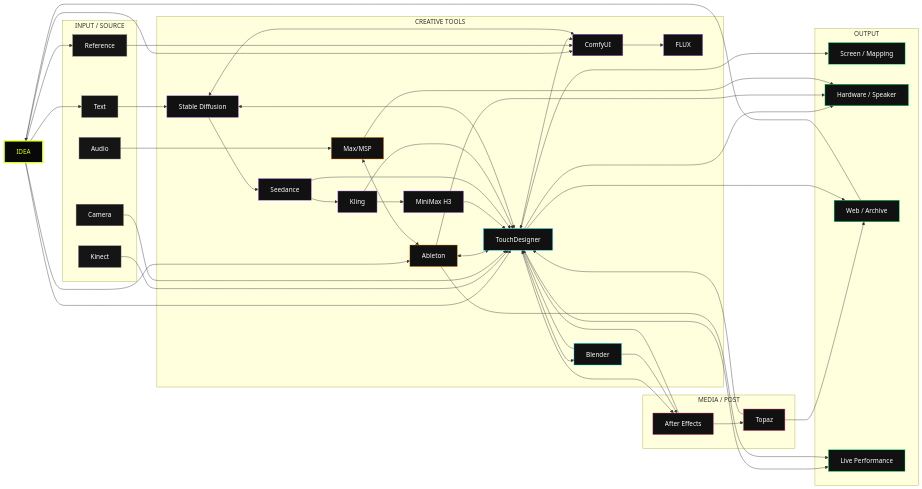
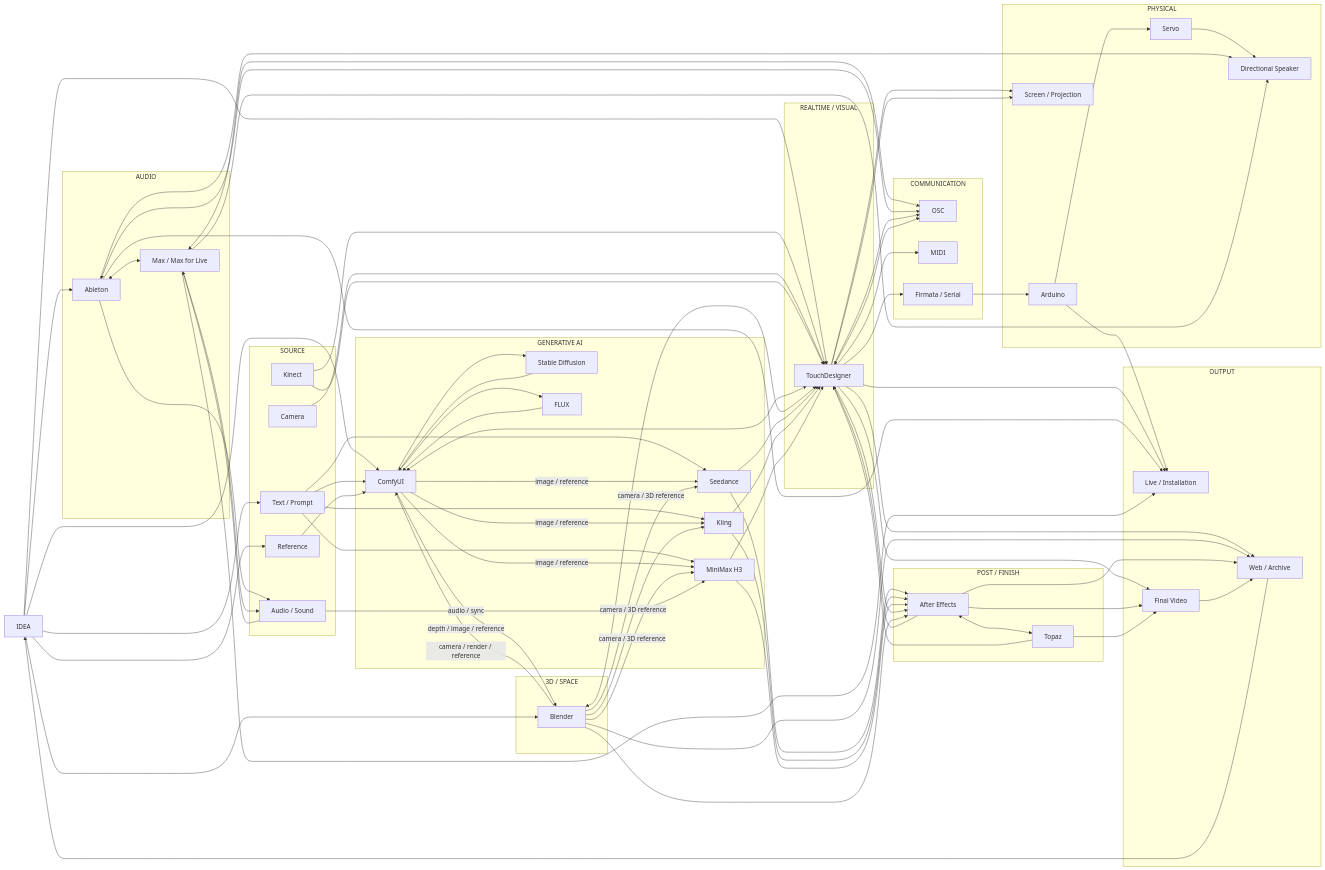
One commit to oseconds/oseconds changed the diagram in mermaid/workflowchart.md. Above: the diagram before and after it, drawn with Mermaid.

Commit message:
Refactor workflowchart with updated labels and structure

````diff
--- a/mermaid/workflowchart.md
+++ b/mermaid/workflowchart.md
@@ -1,21 +1,27 @@
 ```mermaid
 
 flowchart LR
+
     IDEA["IDEA"]
 
-    subgraph INPUT["INPUT / SOURCE"]
+    subgraph SOURCE["SOURCE"]
         KINECT["Kinect"]
         CAMERA["Camera"]
-        TEXT["Text"]
-        AUDIOIN["Audio"]
+        TEXT["Text / Prompt"]
+        AUDIO_SRC["Audio / Sound"]
         REFERENCE["Reference"]
     end
 
-    subgraph CREATIVE["CREATIVE TOOLS"]
+    subgraph AUDIO["AUDIO"]
+        ABLETON["Ableton"]
+        MAX["Max / Max for Live"]
+    end
+
+    subgraph REALTIME["REALTIME / VISUAL"]
         TD["TouchDesigner"]
-        ABLETON["Ableton"]
-        MAX["Max/MSP"]
+    end
 
+    subgraph GENAI["GENERATIVE AI"]
         COMFY["ComfyUI"]
         SD["Stable Diffusion"]
         FLUX["FLUX"]
@@ -23,90 +29,150 @@
         SEEDANCE["Seedance"]
         KLING["Kling"]
         H3["MiniMax H3"]
+    end
 
+    subgraph THREE_D["3D / SPACE"]
         BLENDER["Blender"]
     end
 
-    subgraph POST["MEDIA / POST"]
+    subgraph POST["POST / FINISH"]
         AE["After Effects"]
         TOPAZ["Topaz"]
     end
 
+    subgraph COMM["COMMUNICATION"]
+        OSC["OSC"]
+        MIDI["MIDI"]
+        FIRMATA["Firmata / Serial"]
+    end
+
+    subgraph PHYSICAL["PHYSICAL"]
+        ARDUINO["Arduino"]
+        SERVO["Servo"]
+        SPEAKER["Directional Speaker"]
+        SCREEN["Screen / Projection"]
+    end
+
     subgraph OUTPUT["OUTPUT"]
-        SCREEN["Screen / Mapping"]
-        SPEAKER["Hardware / Speaker"]
         WEB["Web / Archive"]
-        LIVE["Live Performance"]
+        LIVE["Live / Installation"]
+        VIDEO["Final Video"]
     end
 
 
+    %% IDEA / SOURCE
     IDEA --> TEXT
     IDEA --> REFERENCE
     IDEA --> ABLETON
     IDEA --> TD
     IDEA --> COMFY
+    IDEA --> BLENDER
 
     KINECT --> TD
     CAMERA --> TD
-    AUDIOIN --> MAX
+    AUDIO_SRC --> MAX
 
-    TEXT --> SD
+
+    %% AUDIO
+    ABLETON <--> MAX
+    MAX <--> OSC
+    ABLETON <--> OSC
+
+    OSC <--> TD
+
+    ABLETON --> AUDIO_SRC
+    MAX --> AUDIO_SRC
+
+
+    %% REALTIME
+    KINECT --> TD
+    TD --> SCREEN
+
+
+    %% IMAGE GENERATION
+    TEXT --> COMFY
     REFERENCE --> COMFY
 
-    MAX <--> ABLETON
-    ABLETON <--> TD
-
-    TD <--> COMFY
-    TD <--> SD
-    TD <--> BLENDER
-
-    COMFY <--> SD
+    COMFY --> SD
     COMFY --> FLUX
 
-    SD --> SEEDANCE
-    SEEDANCE --> KLING
-    KLING --> H3
+    SD --> COMFY
+    FLUX --> COMFY
 
-    H3 --> TD
+    COMFY <--> TD
+
+
+    %% IMAGE → 3D
+    COMFY -->|"depth / image / reference"| BLENDER
+
+    BLENDER -->|"camera / render / reference"| COMFY
+    BLENDER <--> TD
+
+
+    %% VIDEO GENERATION
+    TEXT --> SEEDANCE
+    TEXT --> KLING
+    TEXT --> H3
+
+    COMFY -->|"image / reference"| SEEDANCE
+    COMFY -->|"image / reference"| KLING
+    COMFY -->|"image / reference"| H3
+
+    BLENDER -->|"camera / 3D reference"| SEEDANCE
+    BLENDER -->|"camera / 3D reference"| KLING
+    BLENDER -->|"camera / 3D reference"| H3
+
+    AUDIO_SRC -->|"audio / sync"| H3
+
     SEEDANCE --> TD
     KLING --> TD
+    H3 --> TD
 
+    SEEDANCE --> AE
+    KLING --> AE
+    H3 --> AE
+
+
+    %% POST
     TD --> AE
-    TD --> SCREEN
-    TD --> SPEAKER
-    TD --> LIVE
+    BLENDER --> AE
+
+    AE <--> TOPAZ
+
+    AE --> TD
+    TOPAZ --> TD
+
+
+    %% SIGNAL / HARDWARE
+    TD --> OSC
+    TD --> MIDI
+    TD --> FIRMATA
+
+    FIRMATA --> ARDUINO
+    ARDUINO --> SERVO
+    SERVO --> SPEAKER
 
     ABLETON --> SPEAKER
     MAX --> SPEAKER
 
-    AE --> TOPAZ
-    TOPAZ --> TD
-    TOPAZ --> WEB
+    TD --> SCREEN
 
-    AE --> TD
 
-    BLENDER --> TD
-    BLENDER --> AE
+    %% OUTPUT
+    TD --> VIDEO
+    AE --> VIDEO
+    TOPAZ --> VIDEO
 
     TD --> WEB
+    BLENDER --> WEB
+    AE --> WEB
+    VIDEO --> WEB
+
+    TD --> LIVE
     ABLETON --> LIVE
+    MAX --> LIVE
+    ARDUINO --> LIVE
 
     WEB --> IDEA
 
-    classDef idea fill:#080808,stroke:#d9ff00,color:#d9ff00,stroke-width:3px;
-    classDef input fill:#151515,stroke:#777,color:#fff;
-    classDef audio fill:#111,stroke:#ff8a00,color:#fff;
-    classDef visual fill:#111,stroke:#00d9ff,color:#fff;
-    classDef ai fill:#111,stroke:#b56cff,color:#fff;
-    classDef media fill:#111,stroke:#ff4d8d,color:#fff;
-    classDef output fill:#111,stroke:#00ff88,color:#fff;
-
-    class IDEA idea;
-    class KINECT,CAMERA,TEXT,AUDIOIN,REFERENCE input;
-
-    class ABLETON,MAX audio;
-    class TD,BLENDER visual;
-    class COMFY,SD,FLUX,SEEDANCE,KLING,H3 ai;
-    class AE,TOPAZ media;
-    class SCREEN,SPEAKER,WEB,LIVE output;
 ```
````
